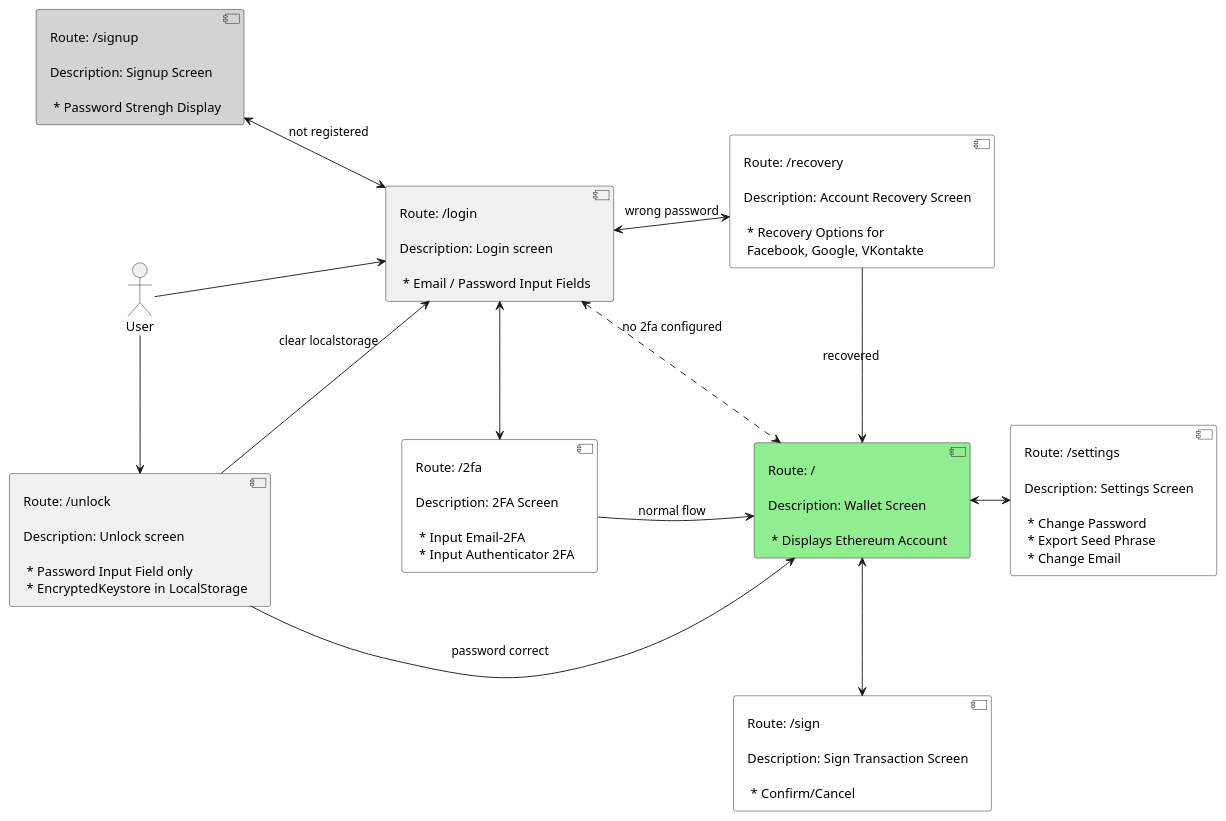
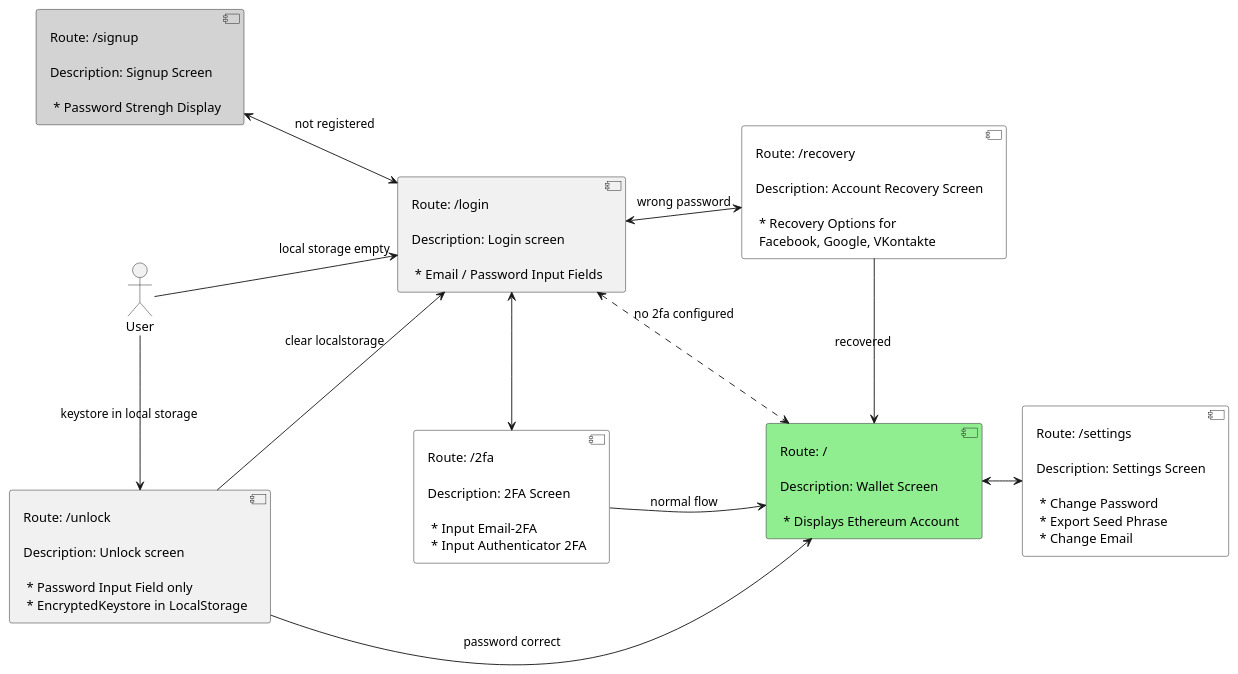
One commit to Morpher-io/MorpherWallet changed the diagram in docs/fig_routes.plantuml. Above: the diagram before and after it, drawn with PlantUML. The commit also changed 27 other files, not shown here.

```diff
--- a/docs/fig_routes.plantuml
+++ b/docs/fig_routes.plantuml
@@ -1,90 +1,84 @@
 @startuml
 component login [
 Route: /login
 
 Description: Login screen
  
  * Email / Password Input Fields
 ]
 
 component signup #lightgrey [
 Route: /signup
 
 Description: Signup Screen
  
  * Password Strengh Display
 ]
 
 
 component unlock [
 Route: /unlock
 
 Description: Unlock screen
  
  * Password Input Field only
  * EncryptedKeystore in LocalStorage
 ]
 
 component 2fa #white [
 Route: /2fa
 
 Description: 2FA Screen
  
  * Input Email-2FA
  * Input Authenticator 2FA
 ] 
 
 
 component recovery #white [
 Route: /recovery
 
 Description: Account Recovery Screen
  
  * Recovery Options for 
  Facebook, Google, VKontakte
 ]
 
 component wallet #lightgreen [
 Route: /
 
 Description: Wallet Screen
 
  * Displays Ethereum Account
 ]
 
 component settings #white [
 Route: /settings
 
 Description: Settings Screen
 
  * Change Password
  * Export Seed Phrase
  * Change Email
 ]
-component signtx #white [
-Route: /sign
 
-Description: Sign Transaction Screen
-
- * Confirm/Cancel
-]
 'skinparam linetype ortho
 left to right direction
 'top to down direction
 skinparam nodesep 150
 skinparam ranksep 10
-:User: -> login 
-:User: -> unlock
+:User: -> login:local storage empty
+:User: -> unlock:keystore in local storage
 unlock -d->login:clear localstorage
 unlock -d->wallet:password correct
 login <-u-> signup:not registered
 login <-r-> 2fa
 login <-d-> recovery: wrong password
 login <..> wallet: no 2fa configured
 recovery -r-> wallet: recovered
 2fa -d-> wallet: normal flow
 wallet <-d-> settings
-wallet <-> signtx
+
 
 
 @enduml
```
